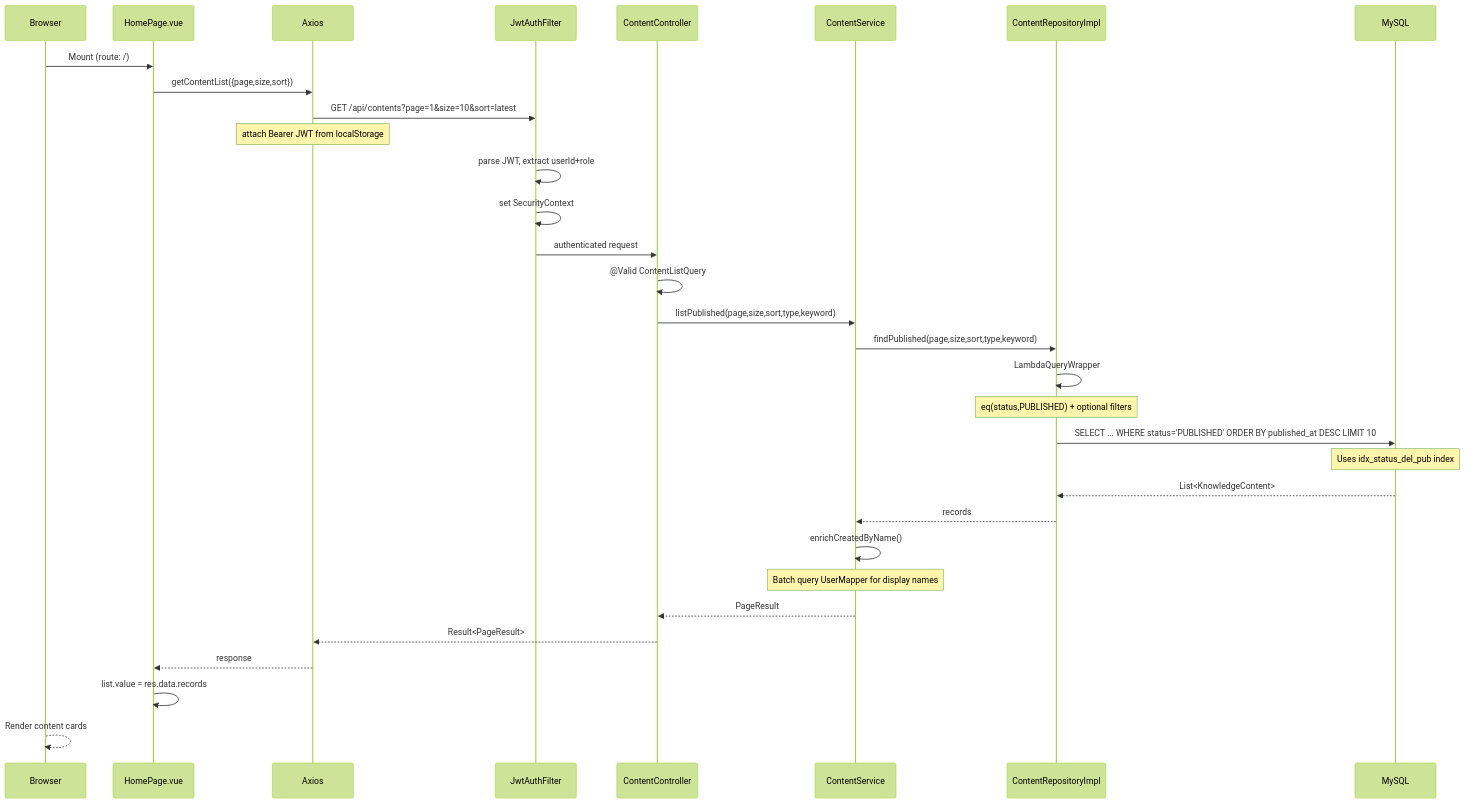
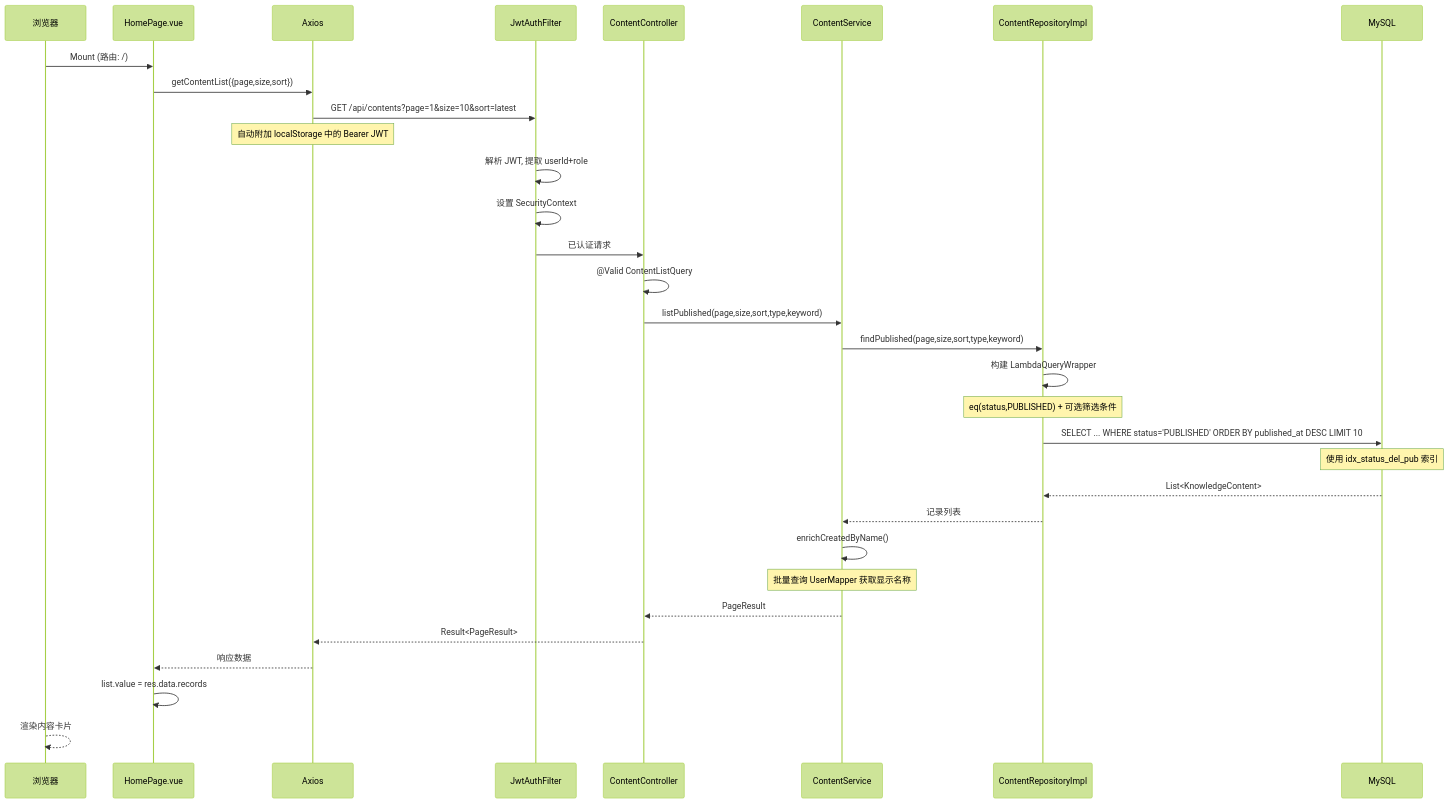
The seventh of 12 diagrams in docs/design/architecture-and-design.md (JiongJiongP/knowledge-share), drawn with Mermaid (forest theme) before and after one commit. The commit also changed other lines of this file, not shown here.

Commit message:
docs: translate architecture design document to Chinese

````diff
--- a/docs/design/architecture-and-design.md
+++ b/docs/design/architecture-and-design.md
@@ -307,35 +307,35 @@
 ```mermaid
 sequenceDiagram
-    participant Browser
+    participant Browser as 浏览器
     participant Vue as HomePage.vue
     participant Axios
     participant Filter as JwtAuthFilter
     participant Ctrl as ContentController
     participant Svc as ContentService
     participant Repo as ContentRepositoryImpl
     participant DB as MySQL
 
-    Browser->>Vue: Mount (route: /)
+    Browser->>Vue: Mount (路由: /)
     Vue->>Axios: getContentList({page,size,sort})
     Axios->>Filter: GET /api/contents?page=1&size=10&sort=latest
-    Note over Axios: attach Bearer JWT from localStorage
-    Filter->>Filter: parse JWT, extract userId+role
-    Filter->>Filter: set SecurityContext
-    Filter->>Ctrl: authenticated request
+    Note over Axios: 自动附加 localStorage 中的 Bearer JWT
+    Filter->>Filter: 解析 JWT, 提取 userId+role
+    Filter->>Filter: 设置 SecurityContext
+    Filter->>Ctrl: 已认证请求
     Ctrl->>Ctrl: @Valid ContentListQuery
     Ctrl->>Svc: listPublished(page,size,sort,type,keyword)
     Svc->>Repo: findPublished(page,size,sort,type,keyword)
-    Repo->>Repo: LambdaQueryWrapper
-    Note over Repo: eq(status,PUBLISHED) + optional filters
+    Repo->>Repo: 构建 LambdaQueryWrapper
+    Note over Repo: eq(status,PUBLISHED) + 可选筛选条件
     Repo->>DB: SELECT ... WHERE status='PUBLISHED' ORDER BY published_at DESC LIMIT 10
-    Note over DB: Uses idx_status_del_pub index
+    Note over DB: 使用 idx_status_del_pub 索引
     DB-->>Repo: List<KnowledgeContent>
-    Repo-->>Svc: records
+    Repo-->>Svc: 记录列表
     Svc->>Svc: enrichCreatedByName()
-    Note over Svc: Batch query UserMapper for display names
+    Note over Svc: 批量查询 UserMapper 获取显示名称
     Svc-->>Ctrl: PageResult
     Ctrl-->>Axios: Result<PageResult>
-    Axios-->>Vue: response
+    Axios-->>Vue: 响应数据
     Vue->>Vue: list.value = res.data.records
-    Browser-->>Browser: Render content cards
+    Browser-->>Browser: 渲染内容卡片
 ```
````
